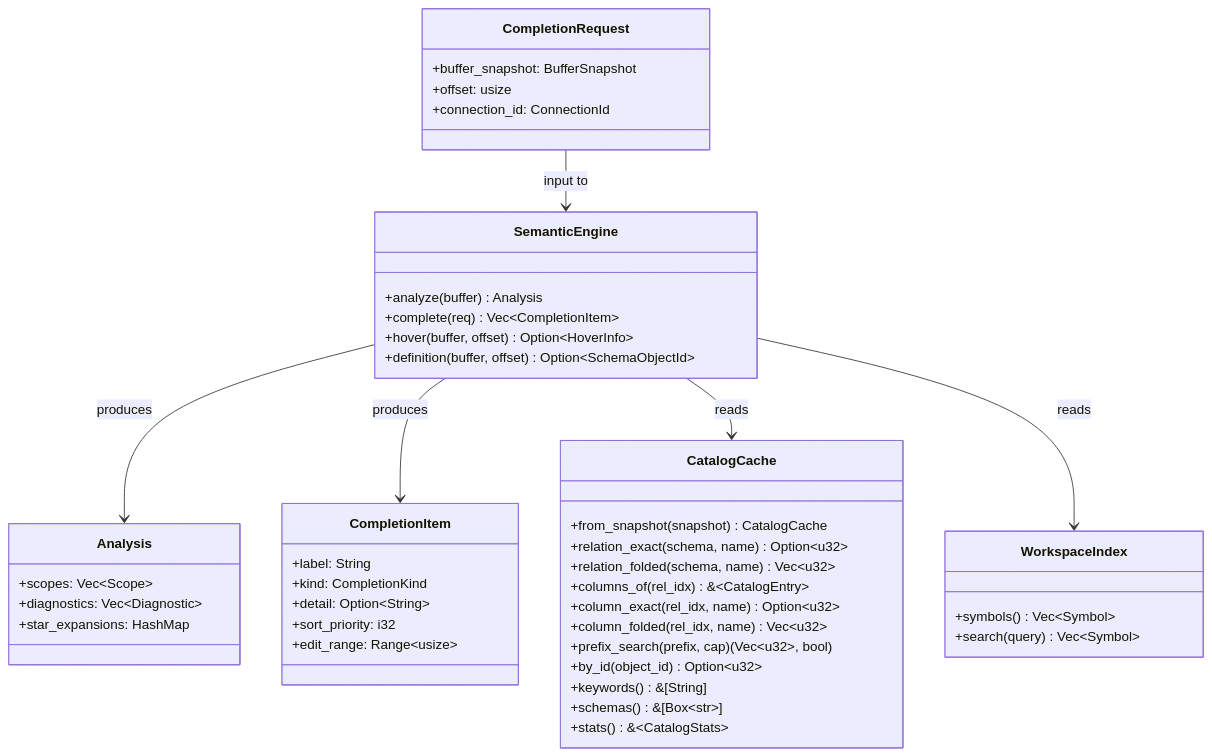
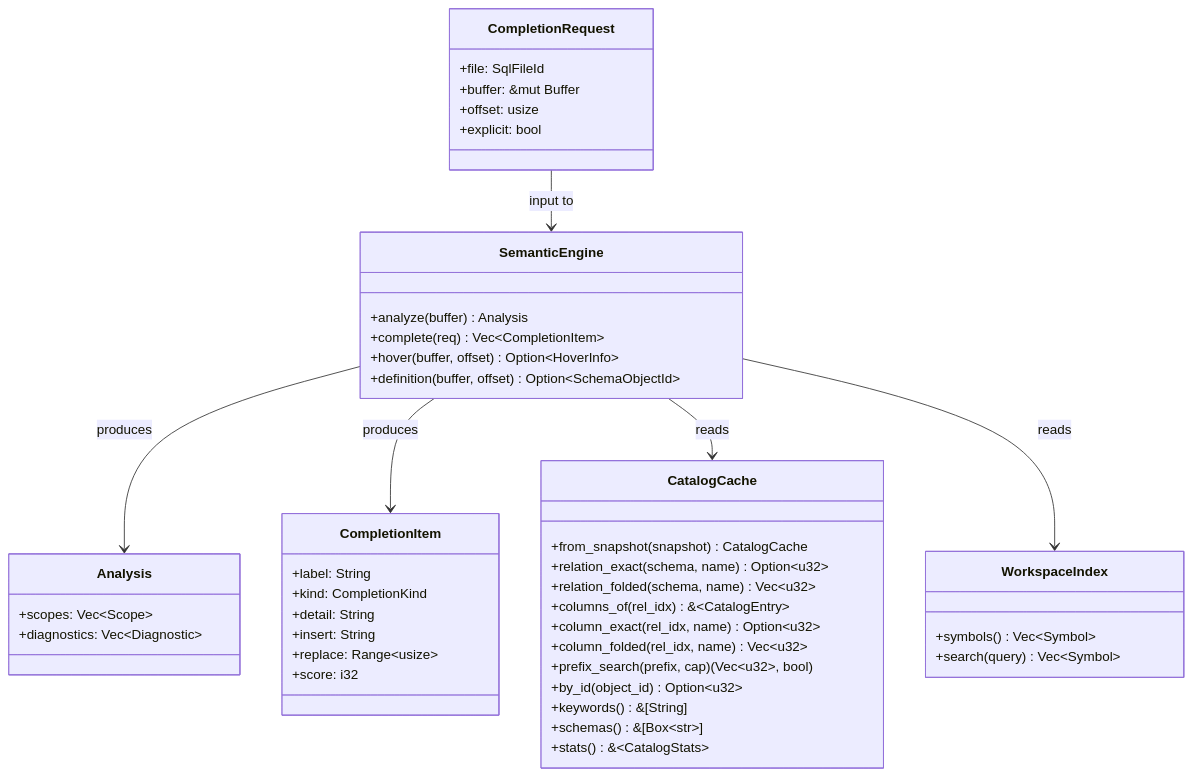
One commit to mohamad-kanso/Tempr changed the third of 3 diagrams in docs/12-sql-intelligence.md. Above: the diagram before and after it, drawn with Mermaid. The commit also changed other lines of this file and 16 other files, not shown here.

````diff
--- a/docs/12-sql-intelligence.md
+++ b/docs/12-sql-intelligence.md
@@ -381,54 +370,55 @@
 ```mermaid
 classDiagram
     class SemanticEngine {
         +analyze(buffer) Analysis
         +complete(req) Vec~CompletionItem~
         +hover(buffer, offset) Option~HoverInfo~
         +definition(buffer, offset) Option~SchemaObjectId~
     }
 
     class Analysis {
         +scopes: Vec~Scope~
         +diagnostics: Vec~Diagnostic~
-        +star_expansions: HashMap
     }
 
     class CompletionRequest {
-        +buffer_snapshot: BufferSnapshot
+        +file: SqlFileId
+        +buffer: &mut Buffer
         +offset: usize
-        +connection_id: ConnectionId
+        +explicit: bool
     }
 
     class CompletionItem {
         +label: String
         +kind: CompletionKind
-        +detail: Option~String~
-        +sort_priority: i32
-        +edit_range: Range~usize~
+        +detail: String
+        +insert: String
+        +replace: Range~usize~
+        +score: i32
     }
 
     class CatalogCache {
         +from_snapshot(snapshot) CatalogCache
         +relation_exact(schema, name) Option~u32~
         +relation_folded(schema, name) Vec~u32~
         +columns_of(rel_idx) &~CatalogEntry~
         +column_exact(rel_idx, name) Option~u32~
         +column_folded(rel_idx, name) Vec~u32~
         +prefix_search(prefix, cap) (Vec~u32~, bool)
         +by_id(object_id) Option~u32~
         +keywords() &[String]
         +schemas() &[Box~str~]
         +stats() &~CatalogStats~
     }
 
     class WorkspaceIndex {
         +symbols() Vec~Symbol~
         +search(query) Vec~Symbol~
     }
 
     SemanticEngine --> Analysis : produces
     SemanticEngine --> CompletionItem : produces
     SemanticEngine --> CatalogCache : reads
     SemanticEngine --> WorkspaceIndex : reads
     CompletionRequest --> SemanticEngine : input to
 ```
````
